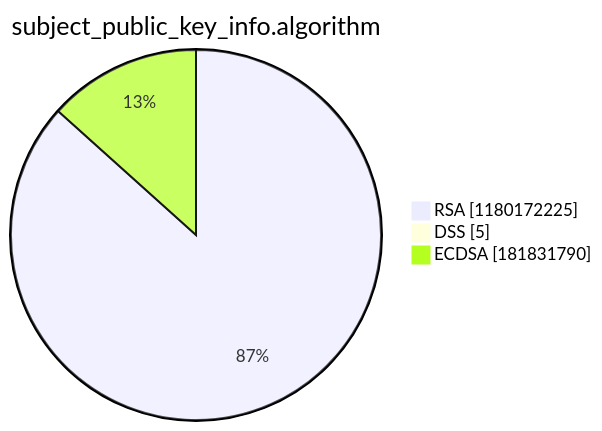
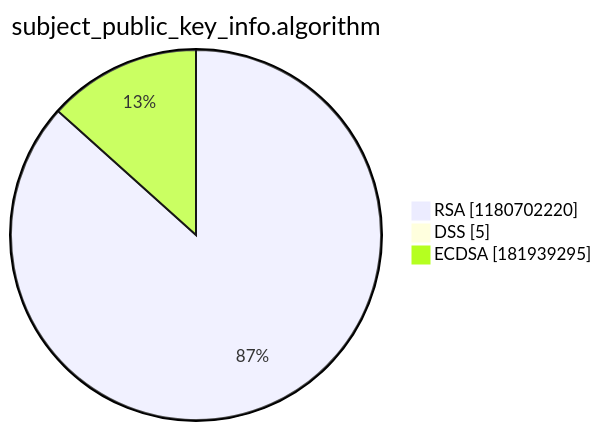
The third of 15 diagrams in argon2022/README.md (christiankrug/ctmonitor_visualization), drawn with Mermaid before and after one commit. The commit also changed other lines of this file, not shown here.

````diff
--- a/argon2022/README.md
+++ b/argon2022/README.md
@@ -14,7 +14,7 @@
 ```mermaid
 pie showData
 title subject_public_key_info.algorithm
-"RSA" :1180172225
+"RSA" :1180702220
 "DSS" :5
-"ECDSA" :181831790
+"ECDSA" :181939295
 ```
````
